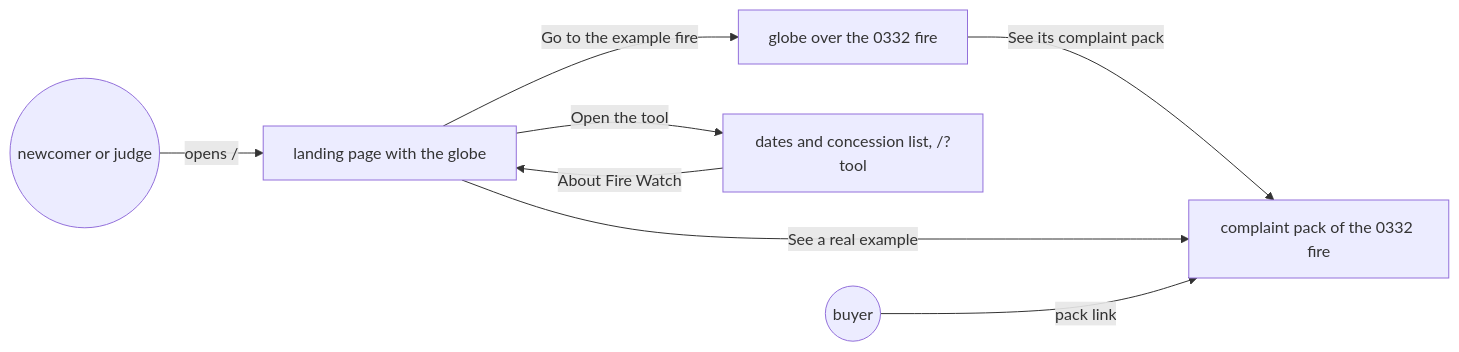
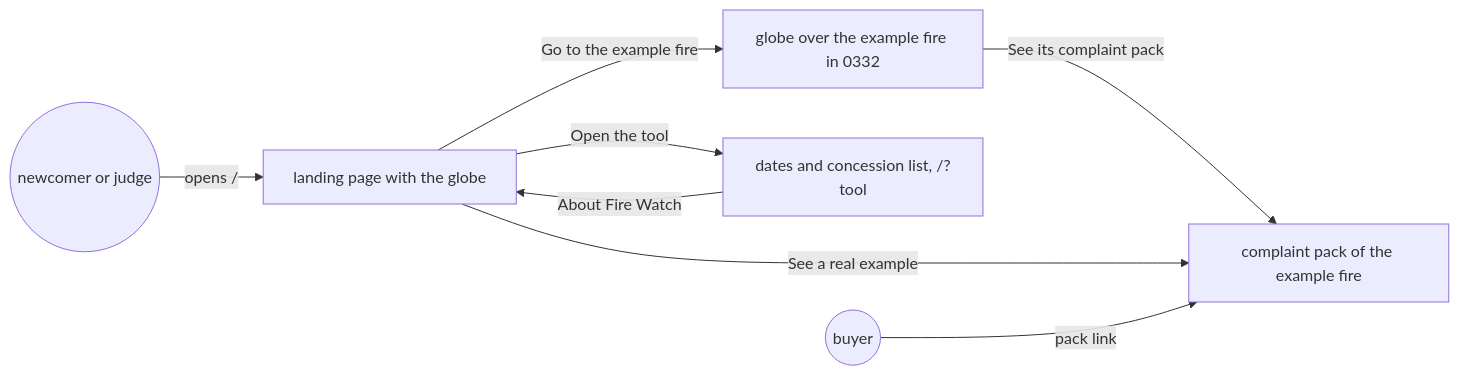
The first of 2 diagrams in docs/specs/landing-page.md (dzaffren/fire-watch), drawn with Mermaid before and after one commit. The commit also changed other lines of this file and 1 other file, not shown here.

````diff
--- a/docs/specs/landing-page.md
+++ b/docs/specs/landing-page.md
@@ -40,10 +40,10 @@
 ```mermaid
 flowchart LR
     V((newcomer or judge)) -- "opens /" --> L[landing page with the globe]
-    L -- "Go to the example fire" --> G[globe over the 0332 fire]
-    G -- "See its complaint pack" --> P[complaint pack of the 0332 fire]
+    L -- "Go to the example fire" --> G[globe over the example fire in 0332]
+    G -- "See its complaint pack" --> P[complaint pack of the example fire]
     L -- "See a real example" --> P
     L -- "Open the tool" --> T["dates and concession list, /?tool"]
     T -- "About Fire Watch" --> L
     B((buyer)) -- "pack link" --> P
 ```
````
